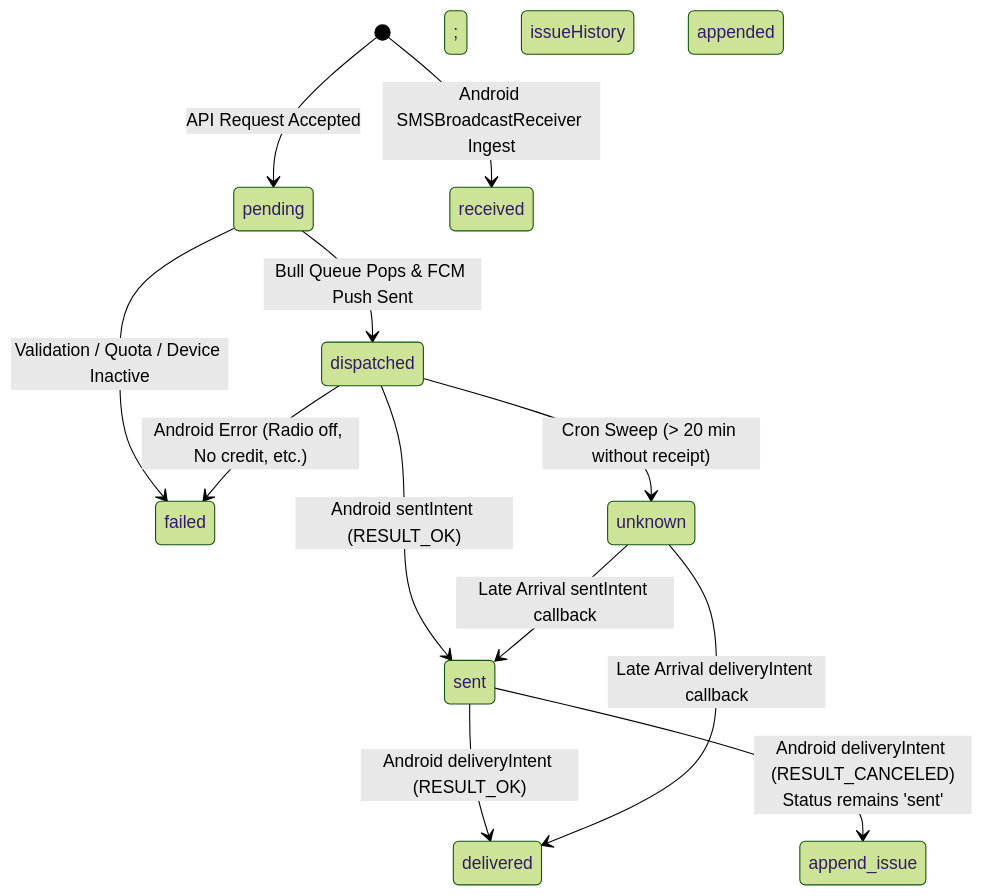
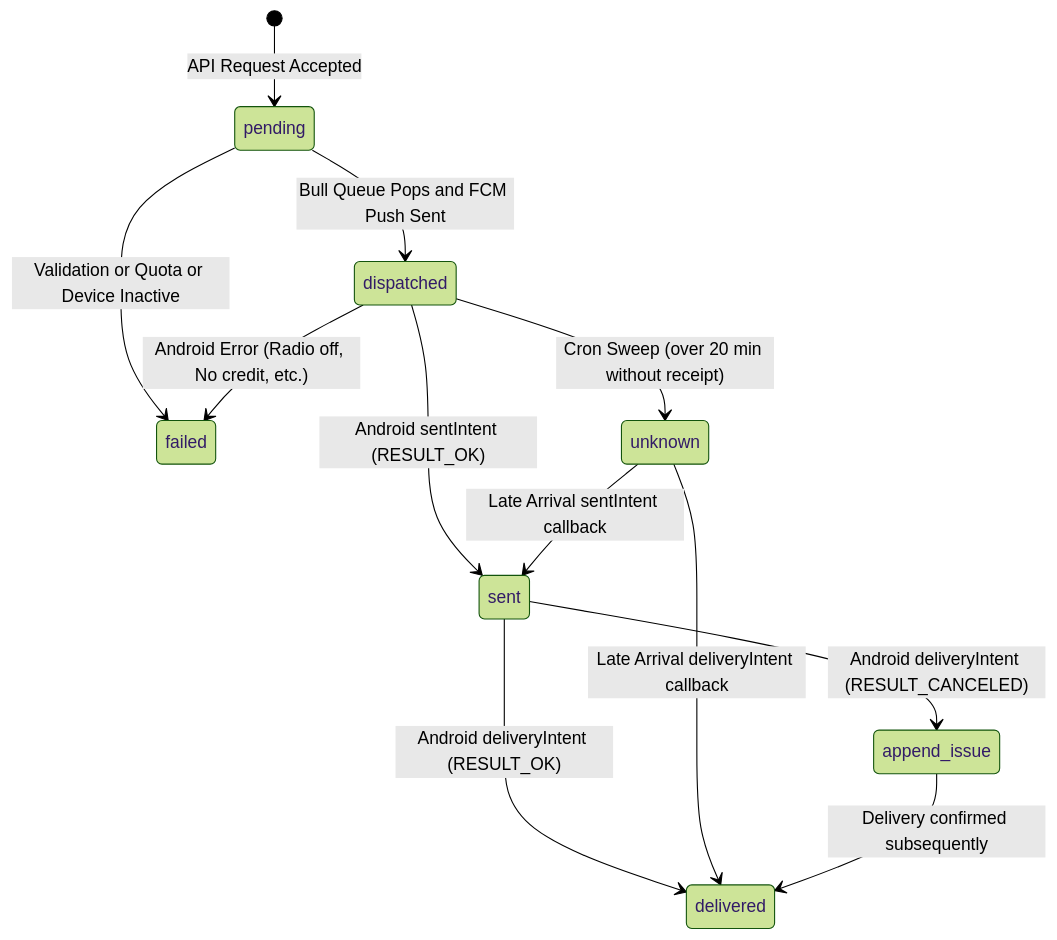
One commit to hAbd0u/textbee-twillo-layer changed the diagram in docs/textbee-api-analysis/errors-and-statuses.md. Above: the diagram before and after it, drawn with Mermaid (forest theme). The commit also changed other lines of this file and 13 other files, not shown here.

Commit message:
docs: add high-resolution SVG diagrams for architecture and workflows

````diff
--- a/docs/textbee-api-analysis/errors-and-statuses.md
+++ b/docs/textbee-api-analysis/errors-and-statuses.md
@@ -11,20 +16,19 @@
 ```mermaid
 stateDiagram-v2
     [*] --> pending: API Request Accepted
 
-    pending --> dispatched: Bull Queue Pops & FCM Push Sent
-    pending --> failed: Validation / Quota / Device Inactive
+    pending --> dispatched: Bull Queue Pops and FCM Push Sent
+    pending --> failed: Validation or Quota or Device Inactive
 
     dispatched --> sent: Android sentIntent (RESULT_OK)
     dispatched --> failed: Android Error (Radio off, No credit, etc.)
-    dispatched --> unknown: Cron Sweep (> 20 min without receipt)
+    dispatched --> unknown: Cron Sweep (over 20 min without receipt)
 
     sent --> delivered: Android deliveryIntent (RESULT_OK)
-    sent --> append_issue: Android deliveryIntent (RESULT_CANCELED)<br/>Status remains 'sent'; issueHistory appended
+    sent --> append_issue: Android deliveryIntent (RESULT_CANCELED)
 
     unknown --> sent: Late Arrival sentIntent callback
     unknown --> delivered: Late Arrival deliveryIntent callback
 
-    %% Inbound path
-    [*] --> received: Android SMSBroadcastReceiver Ingest
+    append_issue --> delivered: Delivery confirmed subsequently
 ```
````
